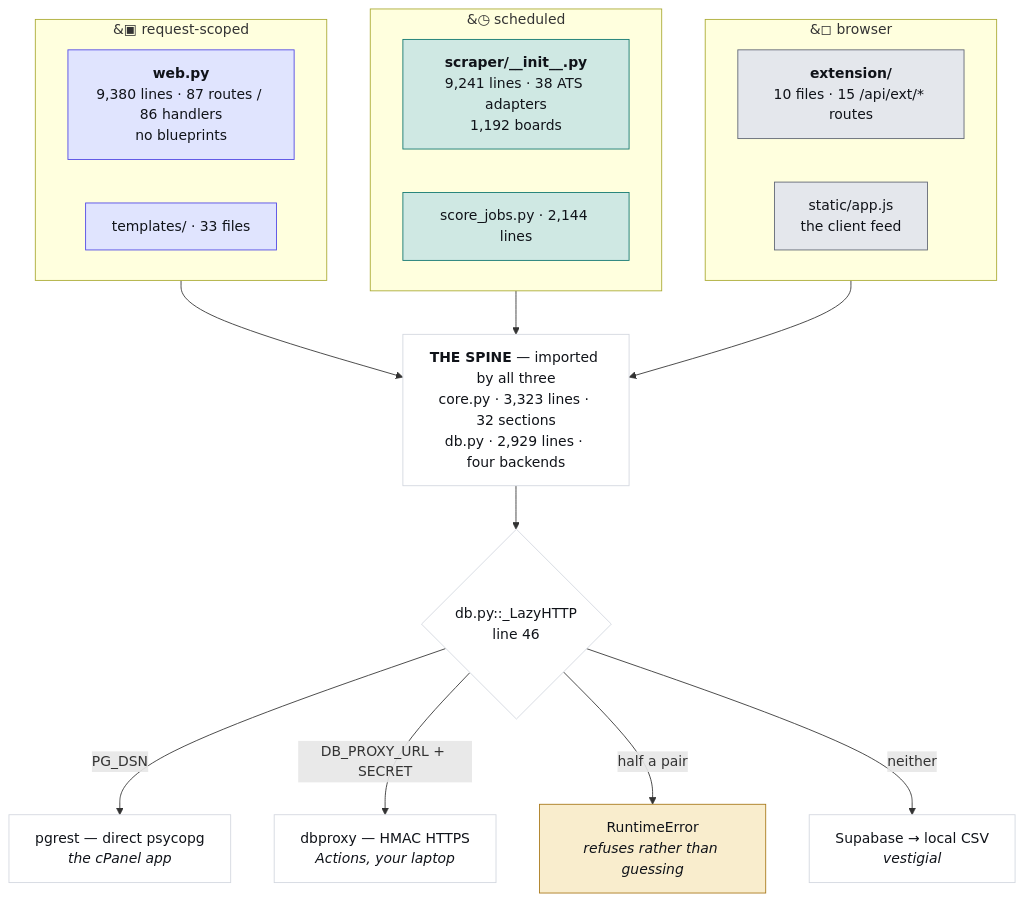
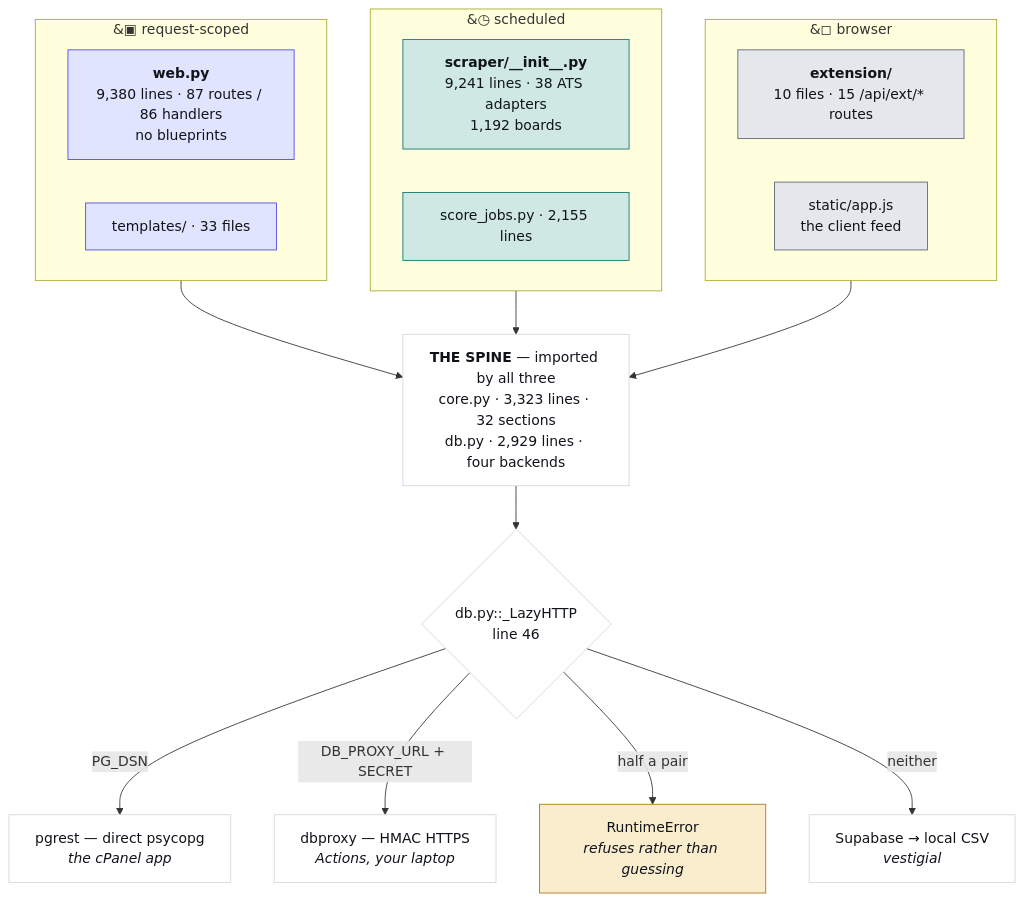
Before and after one commit to hadakunal909-debug/job-search-tool: the first of 4 diagrams in JobMatch Scraper/docs/ARCHITECTURE.md, drawn with Mermaid. The commit also changed 6 other files, not shown here.

````diff
--- a/JobMatch Scraper/docs/ARCHITECTURE.md
+++ b/JobMatch Scraper/docs/ARCHITECTURE.md
@@ -45,34 +45,34 @@
 ```mermaid
 flowchart TB
   subgraph REQ["&#9635; request-scoped"]
     W["<b>web.py</b><br/>9,380 lines · 87 routes / 86 handlers<br/>no blueprints"]
     T["templates/ · 33 files"]
   end
   subgraph SCH["&#9719; scheduled"]
     S["<b>scraper/__init__.py</b><br/>9,241 lines · 38 ATS adapters<br/>1,192 boards"]
-    J["score_jobs.py · 2,144 lines"]
+    J["score_jobs.py · 2,155 lines"]
   end
   subgraph CLI["&#9723; browser"]
     E["<b>extension/</b><br/>10 files · 15 /api/ext/* routes"]
     A["static/app.js<br/>the client feed"]
   end
   SPINE["<b>THE SPINE</b> — imported by all three<br/>core.py · 3,323 lines · 32 sections<br/>db.py · 2,929 lines · four backends"]
   REQ --> SPINE
   SCH --> SPINE
   CLI --> SPINE
   SPINE --> D{"db.py::_LazyHTTP<br/>line 46"}
   D -->|"PG_DSN"| P["pgrest — direct psycopg<br/><i>the cPanel app</i>"]
   D -->|"DB_PROXY_URL + SECRET"| X["dbproxy — HMAC HTTPS<br/><i>Actions, your laptop</i>"]
   D -->|"half a pair"| R["RuntimeError<br/><i>refuses rather than guessing</i>"]
   D -->|"neither"| V["Supabase → local CSV<br/><i>vestigial</i>"]
   classDef web fill:#e0e4fe,stroke:#4f46e5,color:#101319
   classDef sched fill:#cfe8e3,stroke:#0f766e,color:#101319
   classDef client fill:#e4e7ec,stroke:#5f6573,color:#101319
   classDef trap fill:#f9edcd,stroke:#a8781a,color:#101319
   classDef plain fill:#ffffff,stroke:#d3d7df,color:#101319
   class W,T web
   class S,J sched
   class E,A client
   class R trap
   class SPINE,D,P,X,V plain
 ```
````
